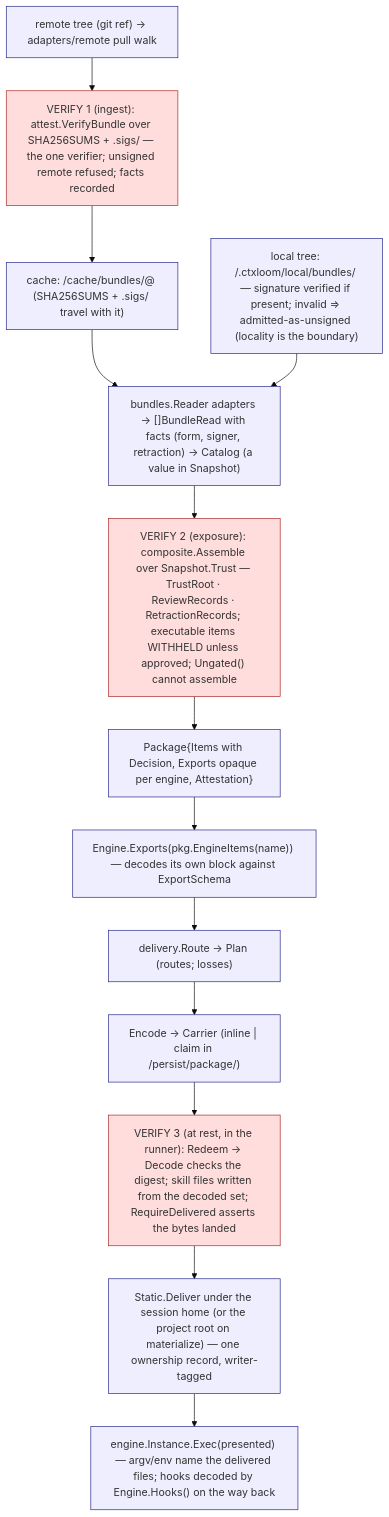
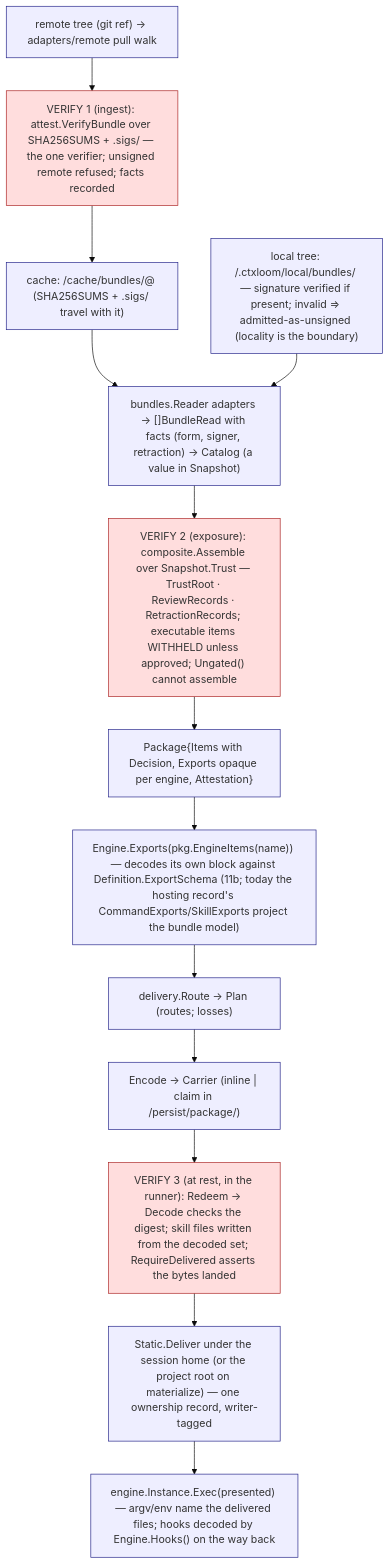
Before and after one commit to ctxloom/ctxloom: the fifth of 5 diagrams in docs/architecture/audit-2026-09-18/30-decided-architecture.md, drawn with Mermaid (base theme). The commit also changed other lines of this file and 18 other files, not shown here.

First line of the commit message:
docs(arch): the definition/instance split as landed — §1.1 engine nodes, §2.3 Exports node, the engines area page; comments cite the live symbols

````diff
--- a/docs/architecture/audit-2026-09-18/30-decided-architecture.md
+++ b/docs/architecture/audit-2026-09-18/30-decided-architecture.md
@@ -3182,21 +3182,21 @@
 ```mermaid
 flowchart TB
   classDef v fill:#fdd,stroke:#a22
   classDef s fill:#eef,stroke:#228
   R["remote tree (git ref) → adapters/remote pull walk"]:::s
   V1["VERIFY 1 (ingest): attest.VerifyBundle over SHA256SUMS + .sigs/ — the one verifier; unsigned remote refused; facts recorded"]:::v
   C["cache: <app>/cache/bundles/<name>@<pin> (SHA256SUMS + .sigs/ travel with it)"]:::s
   L["local tree: <project>/.ctxloom/local/bundles/<name> — signature verified if present; invalid ⇒ admitted-as-unsigned (locality is the boundary)"]:::s
   RD["bundles.Reader adapters → []BundleRead with facts (form, signer, retraction) → Catalog (a value in Snapshot)"]:::s
   V2["VERIFY 2 (exposure): composite.Assemble over Snapshot.Trust — TrustRoot · ReviewRecords · RetractionRecords; executable items WITHHELD unless approved; Ungated() cannot assemble"]:::v
   P["Package{Items with Decision, Exports opaque per engine, Attestation}"]:::s
-  E["Engine.Exports(pkg.EngineItems(name)) — decodes its own block against ExportSchema"]:::s
+  E["Engine.Exports(pkg.EngineItems(name)) — decodes its own block against Definition.ExportSchema (11b; today the hosting record's CommandExports/SkillExports project the bundle model)"]:::s
   PL["delivery.Route → Plan (routes; losses)"]:::s
   ENC["Encode → Carrier (inline | claim in <harp>/persist/package/<digest>)"]:::s
   V3["VERIFY 3 (at rest, in the runner): Redeem → Decode checks the digest; skill files written from the decoded set; RequireDelivered asserts the bytes landed"]:::v
   D["Static.Deliver under the session home (or the project root on materialize) — one ownership record, writer-tagged"]:::s
   X["engine.Instance.Exec(presented) — argv/env name the delivered files; hooks decoded by Engine.Hooks() on the way back"]:::s
   R --> V1 --> C --> RD
   L --> RD
   RD --> V2 --> P --> E --> PL --> ENC --> V3 --> D --> X
 ```
````
